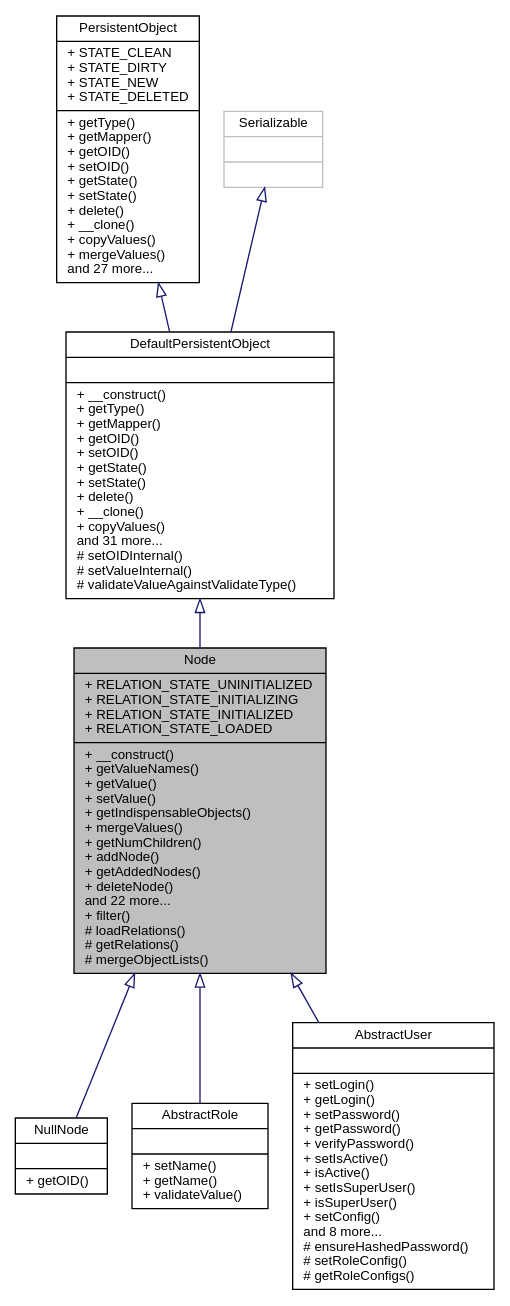
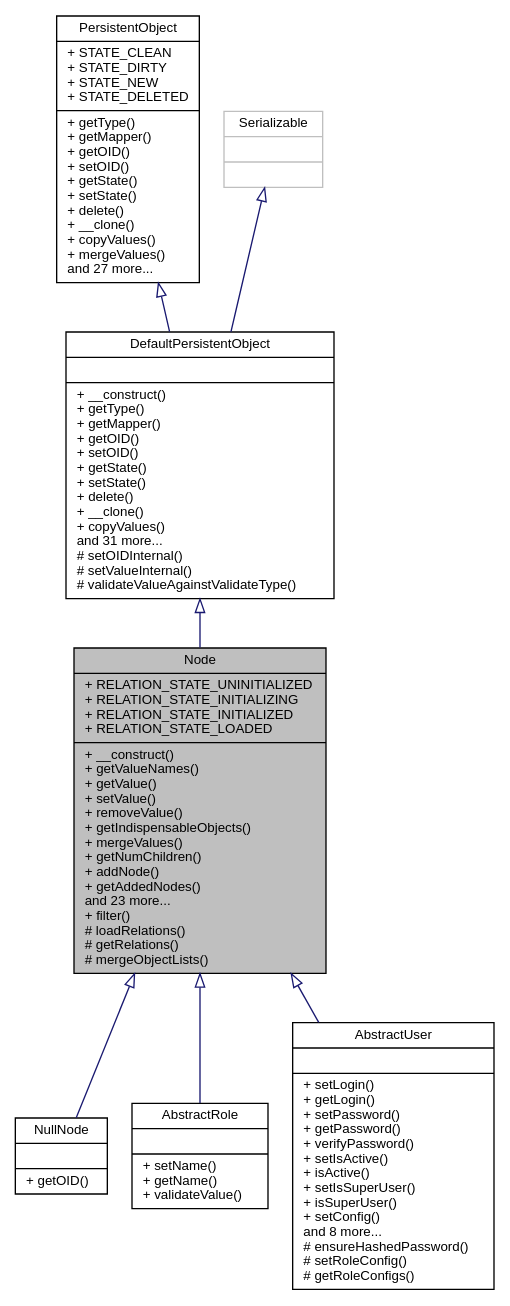
The diagram in classwcmf_1_1lib_1_1model_1_1_node__inherit__graph.dot (eherwig/wcmf), drawn with Graphviz before and after one commit. The commit also changed 1132 other files, not shown here.

```diff
--- a/classwcmf_1_1lib_1_1model_1_1_node__inherit__graph.dot
+++ b/classwcmf_1_1lib_1_1model_1_1_node__inherit__graph.dot
@@ -1,18 +1,18 @@
 digraph "Node"
 {
   edge [fontname="Helvetica",fontsize="10",labelfontname="Helvetica",labelfontsize="10"];
   node [fontname="Helvetica",fontsize="10",shape=record];
-  Node0 [label="{Node\n|+ RELATION_STATE_UNINITIALIZED\l+ RELATION_STATE_INITIALIZING\l+ RELATION_STATE_INITIALIZED\l+ RELATION_STATE_LOADED\l|+ __construct()\l+ getValueNames()\l+ getValue()\l+ setValue()\l+ getIndispensableObjects()\l+ mergeValues()\l+ getNumChildren()\l+ addNode()\l+ getAddedNodes()\l+ deleteNode()\land 22 more...\l+ filter()\l# loadRelations()\l# getRelations()\l# mergeObjectLists()\l}",height=0.2,width=0.4,color="black", fillcolor="grey75", style="filled", fontcolor="black"];
+  Node0 [label="{Node\n|+ RELATION_STATE_UNINITIALIZED\l+ RELATION_STATE_INITIALIZING\l+ RELATION_STATE_INITIALIZED\l+ RELATION_STATE_LOADED\l|+ __construct()\l+ getValueNames()\l+ getValue()\l+ setValue()\l+ removeValue()\l+ getIndispensableObjects()\l+ mergeValues()\l+ getNumChildren()\l+ addNode()\l+ getAddedNodes()\land 23 more...\l+ filter()\l# loadRelations()\l# getRelations()\l# mergeObjectLists()\l}",height=0.2,width=0.4,color="black", fillcolor="grey75", style="filled", fontcolor="black"];
   Node1 -> Node0 [dir="back",color="midnightblue",fontsize="10",style="solid",arrowtail="onormal",fontname="Helvetica"];
   Node1 [label="{DefaultPersistentObject\n||+ __construct()\l+ getType()\l+ getMapper()\l+ getOID()\l+ setOID()\l+ getState()\l+ setState()\l+ delete()\l+ __clone()\l+ copyValues()\land 31 more...\l# setOIDInternal()\l# setValueInternal()\l# validateValueAgainstValidateType()\l}",height=0.2,width=0.4,color="black", fillcolor="white", style="filled",URL="$classwcmf_1_1lib_1_1persistence_1_1impl_1_1_default_persistent_object.html",tooltip="DefaultPersistentObject is the base class of all persistent objects. "];
   Node2 -> Node1 [dir="back",color="midnightblue",fontsize="10",style="solid",arrowtail="onormal",fontname="Helvetica"];
   Node2 [label="{PersistentObject\n|+ STATE_CLEAN\l+ STATE_DIRTY\l+ STATE_NEW\l+ STATE_DELETED\l|+ getType()\l+ getMapper()\l+ getOID()\l+ setOID()\l+ getState()\l+ setState()\l+ delete()\l+ __clone()\l+ copyValues()\l+ mergeValues()\land 27 more...\l}",height=0.2,width=0.4,color="black", fillcolor="white", style="filled",URL="$interfacewcmf_1_1lib_1_1persistence_1_1_persistent_object.html",tooltip="PersistentObject defines the interface of all persistent objects. "];
   Node3 -> Node1 [dir="back",color="midnightblue",fontsize="10",style="solid",arrowtail="onormal",fontname="Helvetica"];
   Node3 [label="{Serializable\n||}",height=0.2,width=0.4,color="grey75", fillcolor="white", style="filled"];
   Node0 -> Node4 [dir="back",color="midnightblue",fontsize="10",style="solid",arrowtail="onormal",fontname="Helvetica"];
   Node4 [label="{NullNode\n||+ getOID()\l}",height=0.2,width=0.4,color="black", fillcolor="white", style="filled",URL="$classwcmf_1_1lib_1_1model_1_1_null_node.html",tooltip="NullNode is an implementation of the NullObject pattern, It inherits all functionality from Node (act..."];
   Node0 -> Node5 [dir="back",color="midnightblue",fontsize="10",style="solid",arrowtail="onormal",fontname="Helvetica"];
   Node5 [label="{AbstractRole\n||+ setName()\l+ getName()\l+ validateValue()\l}",height=0.2,width=0.4,color="black", fillcolor="white", style="filled",URL="$classwcmf_1_1lib_1_1security_1_1principal_1_1impl_1_1_abstract_role.html",tooltip="Default implementation of a role. "];
   Node0 -> Node6 [dir="back",color="midnightblue",fontsize="10",style="solid",arrowtail="onormal",fontname="Helvetica"];
   Node6 [label="{AbstractUser\n||+ setLogin()\l+ getLogin()\l+ setPassword()\l+ getPassword()\l+ verifyPassword()\l+ setIsActive()\l+ isActive()\l+ setIsSuperUser()\l+ isSuperUser()\l+ setConfig()\land 8 more...\l# ensureHashedPassword()\l# setRoleConfig()\l# getRoleConfigs()\l}",height=0.2,width=0.4,color="black", fillcolor="white", style="filled",URL="$classwcmf_1_1lib_1_1security_1_1principal_1_1impl_1_1_abstract_user.html",tooltip="Default implementation of a user that is persistent. "];
 }
```
